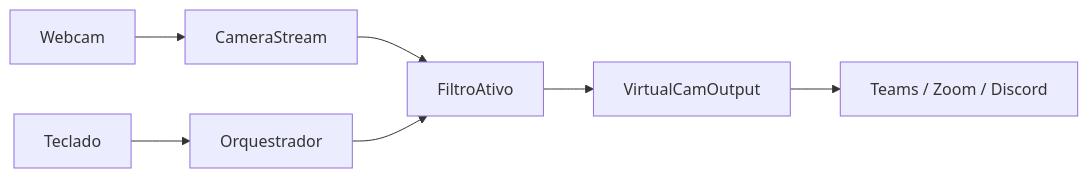
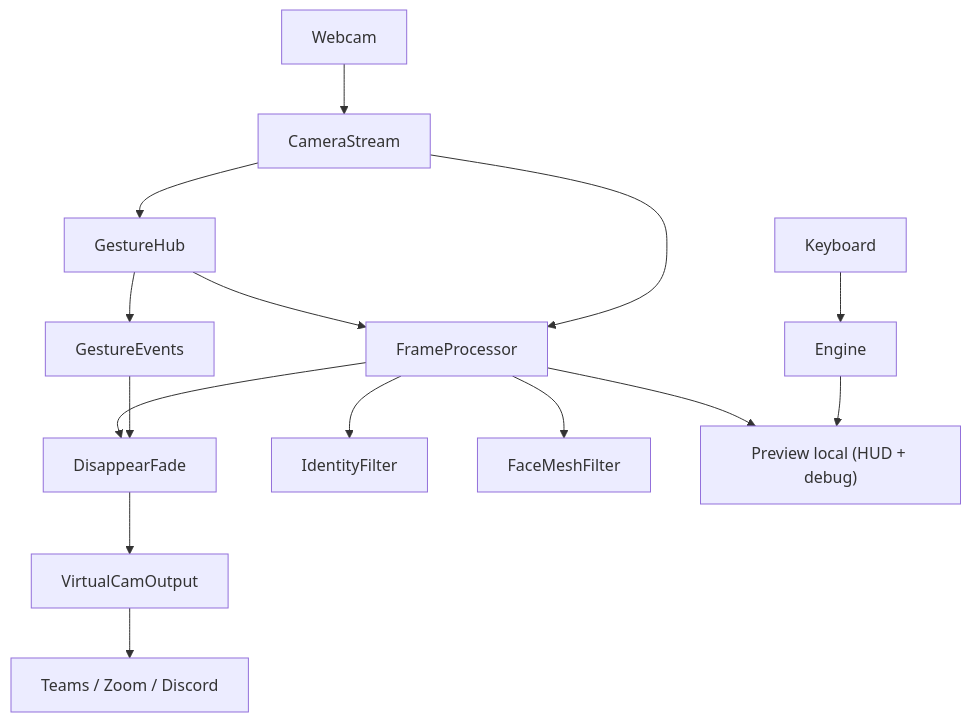
The diagram in docs/spec.md (jvras58/filter-cv), drawn with Mermaid before and after one commit. The commit also changed other lines of this file and 1 other file, not shown here.

````diff
--- a/docs/spec.md
+++ b/docs/spec.md
@@ -254,9 +225,17 @@
 ```mermaid
-flowchart LR
+flowchart TB
     Webcam --> CameraStream
-    CameraStream --> FiltroAtivo
-    FiltroAtivo --> VirtualCamOutput
+    CameraStream --> GestureHub
+    GestureHub --> GestureEvents
+    GestureEvents --> DisappearFade
+    CameraStream --> FrameProcessor
+    GestureHub --> FrameProcessor
+    FrameProcessor --> IdentityFilter
+    FrameProcessor --> FaceMeshFilter
+    FrameProcessor --> DisappearFade
+    DisappearFade --> VirtualCamOutput
     VirtualCamOutput --> Apps["Teams / Zoom / Discord"]
-    Teclado --> Orquestrador
-    Orquestrador --> FiltroAtivo
+    Keyboard --> Engine
+    Engine --> Preview["Preview local (HUD + debug)"]
+    FrameProcessor --> Preview
 ```
````
